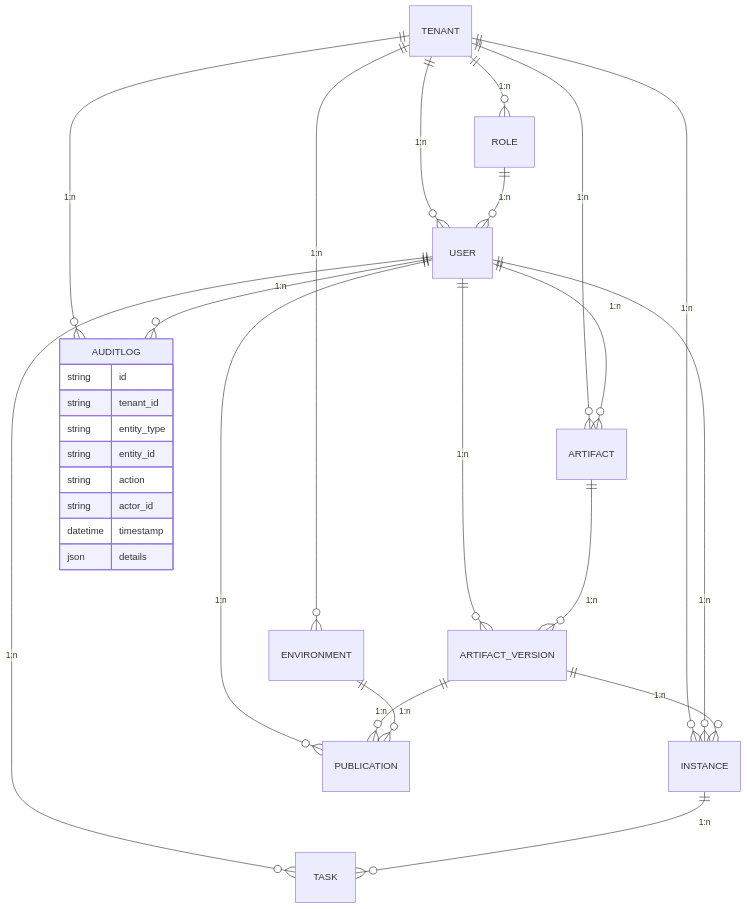
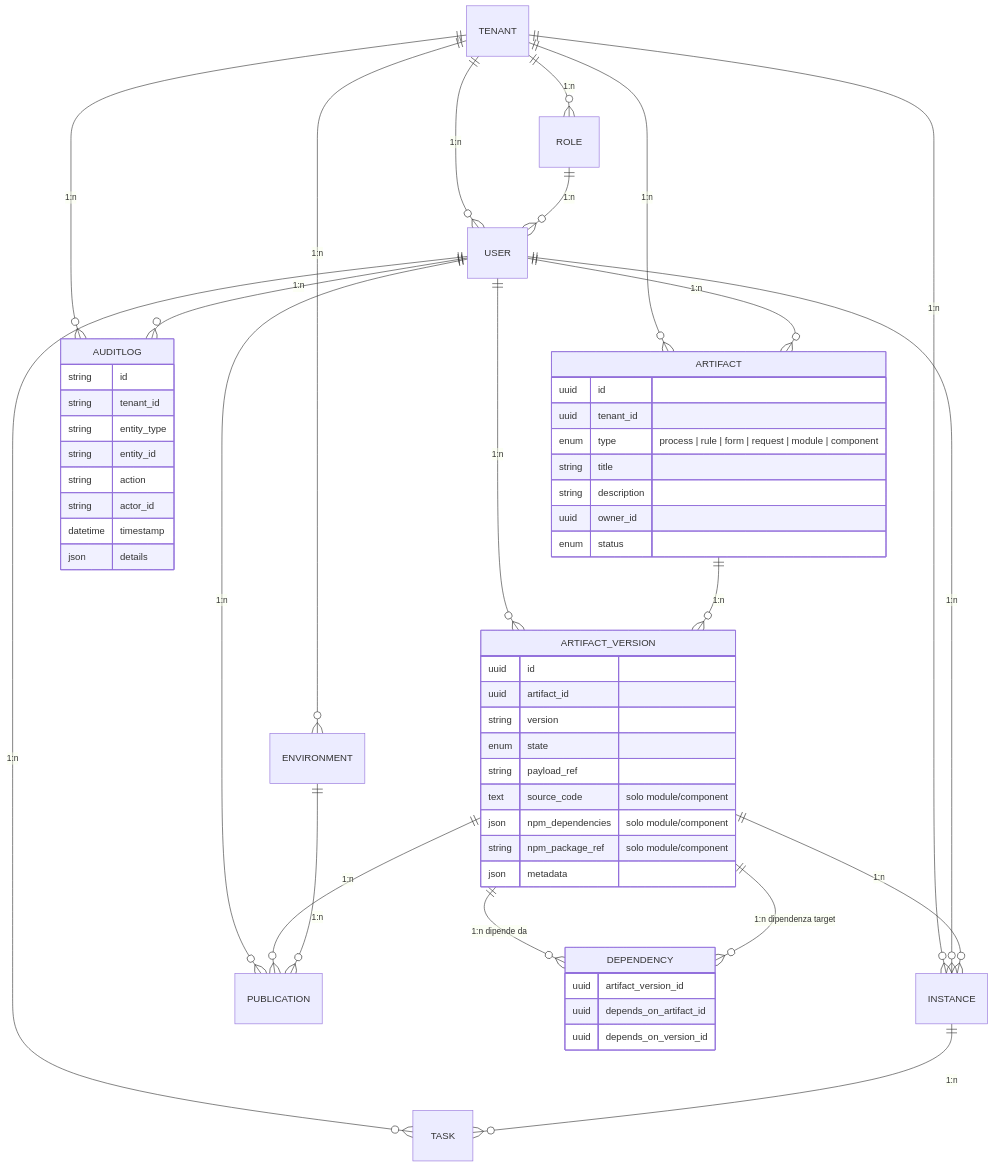
Before and after one commit to pistillo/stillum-business-central: the diagram in documents/docs/phase0-data-model.md, drawn with Mermaid. The commit also changed other lines of this file and 16 other files, not shown here.

First line of the commit message:
feat: enhance data model and requirements for MODULE and COMPONENT artifacts

````diff
--- a/documents/docs/phase0-data-model.md
+++ b/documents/docs/phase0-data-model.md
@@ -129,38 +134,67 @@
 ```mermaid
 erDiagram
     TENANT ||--o{ USER : "1:n"
     TENANT ||--o{ ROLE : "1:n"
     TENANT ||--o{ ARTIFACT : "1:n"
     TENANT ||--o{ ENVIRONMENT : "1:n"
     TENANT ||--o{ INSTANCE : "1:n"
     TENANT ||--o{ AUDITLOG : "1:n"
 
     ROLE ||--o{ USER : "1:n"
 
     USER ||--o{ ARTIFACT : "1:n"
     USER ||--o{ ARTIFACT_VERSION : "1:n"
     USER ||--o{ PUBLICATION : "1:n"
     USER ||--o{ INSTANCE : "1:n"
     USER ||--o{ TASK : "1:n"
     USER ||--o{ AUDITLOG : "1:n"
 
     ARTIFACT ||--o{ ARTIFACT_VERSION : "1:n"
+    ARTIFACT {
+        uuid id
+        uuid tenant_id
+        enum type "process | rule | form | request | module | component"
+        string title
+        string description
+        uuid owner_id
+        enum status
+    }
 
     ARTIFACT_VERSION ||--o{ PUBLICATION : "1:n"
     ARTIFACT_VERSION ||--o{ INSTANCE : "1:n"
+    ARTIFACT_VERSION ||--o{ DEPENDENCY : "1:n dipende da"
+    ARTIFACT_VERSION {
+        uuid id
+        uuid artifact_id
+        string version
+        enum state
+        string payload_ref
+        text source_code "solo module/component"
+        json npm_dependencies "solo module/component"
+        string npm_package_ref "solo module/component"
+        json metadata
+    }
+
+    DEPENDENCY {
+        uuid artifact_version_id
+        uuid depends_on_artifact_id
+        uuid depends_on_version_id
+    }
+
+    ARTIFACT_VERSION ||--o{ DEPENDENCY : "1:n dipendenza target"
 
     ENVIRONMENT ||--o{ PUBLICATION : "1:n"
 
     INSTANCE ||--o{ TASK : "1:n"
 
     AUDITLOG {
         string id
         string tenant_id
         string entity_type
         string entity_id
         string action
         string actor_id
         datetime timestamp
         json details
     }
 ```
````
